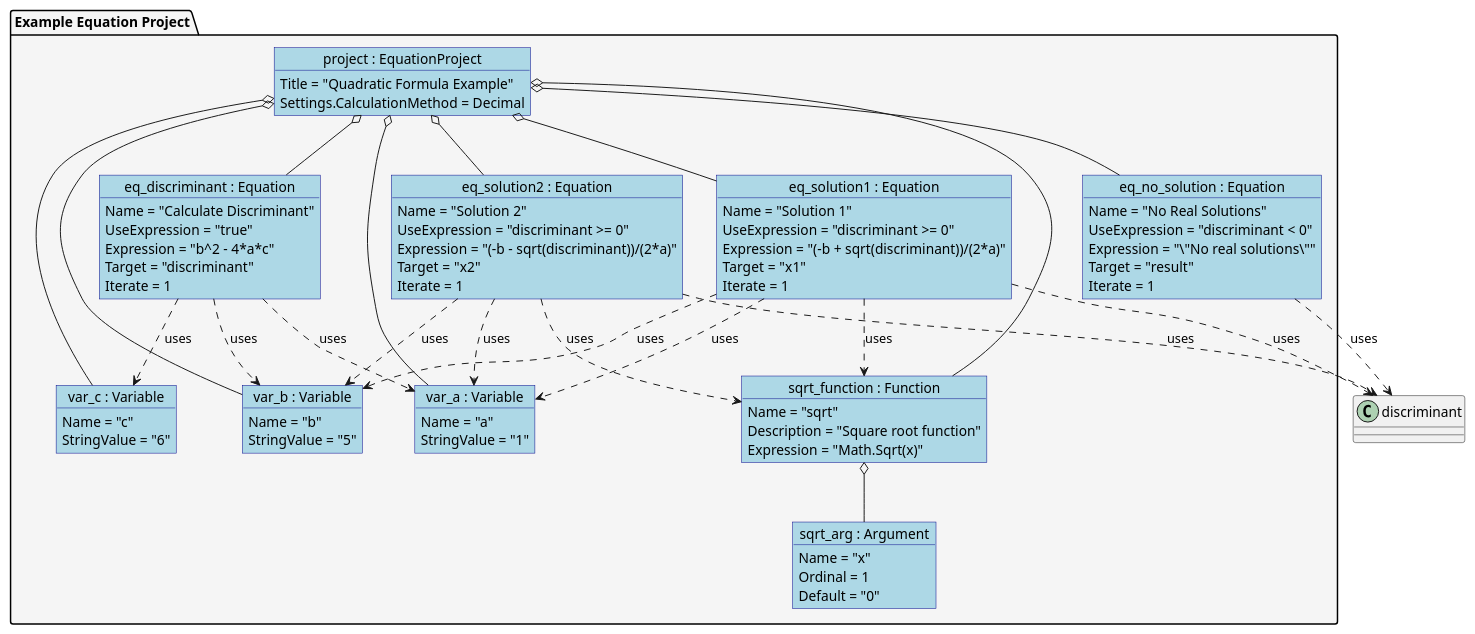
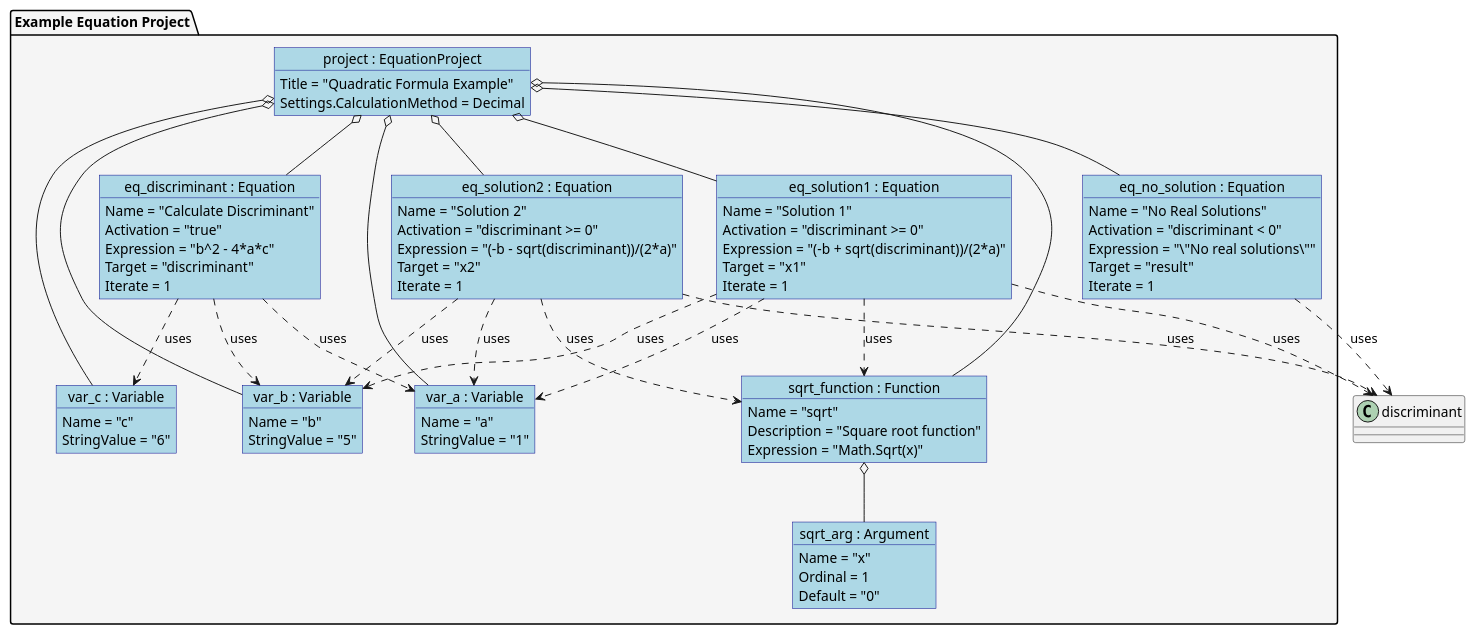
One commit to JeffBramlett/EquationSolvr changed the diagram in plantuml/object_diagram.puml. Above: the diagram before and after it, drawn with PlantUML. The commit also changed 8 other files, not shown here.

Commit message:
Update PlantUML diagrams: rename UseExpression to Activation and add new diagrams

```diff
--- a/plantuml/object_diagram.puml
+++ b/plantuml/object_diagram.puml
@@ -1,100 +1,100 @@
 @startuml EquationSolver Object Diagram
 
 skinparam objectBackgroundColor LightBlue
 skinparam objectBorderColor DarkBlue
 skinparam packageBackgroundColor WhiteSmoke
 
 package "Example Equation Project" {
   object "project : EquationProject" as project {
     Title = "Quadratic Formula Example"
     Settings.CalculationMethod = Decimal
   }
   
   object "var_a : Variable" as var_a {
     Name = "a"
     StringValue = "1"
   }
   
   object "var_b : Variable" as var_b {
     Name = "b"
     StringValue = "5"
   }
   
   object "var_c : Variable" as var_c {
     Name = "c"
     StringValue = "6"
   }
   
   object "eq_discriminant : Equation" as eq_discriminant {
     Name = "Calculate Discriminant"
-    UseExpression = "true"
+    Activation = "true"
     Expression = "b^2 - 4*a*c"
     Target = "discriminant"
     Iterate = 1
   }
   
   object "eq_solution1 : Equation" as eq_solution1 {
     Name = "Solution 1"
-    UseExpression = "discriminant >= 0"
+    Activation = "discriminant >= 0"
     Expression = "(-b + sqrt(discriminant))/(2*a)"
     Target = "x1"
     Iterate = 1
   }
   
   object "eq_solution2 : Equation" as eq_solution2 {
     Name = "Solution 2"
-    UseExpression = "discriminant >= 0"
+    Activation = "discriminant >= 0"
     Expression = "(-b - sqrt(discriminant))/(2*a)"
     Target = "x2"
     Iterate = 1
   }
   
   object "eq_no_solution : Equation" as eq_no_solution {
     Name = "No Real Solutions"
-    UseExpression = "discriminant < 0"
+    Activation = "discriminant < 0"
     Expression = "\"No real solutions\""
     Target = "result"
     Iterate = 1
   }
   
   object "sqrt_function : Function" as sqrt_function {
     Name = "sqrt"
     Description = "Square root function"
     Expression = "Math.Sqrt(x)"
   }
   
   object "sqrt_arg : Argument" as sqrt_arg {
     Name = "x"
     Ordinal = 1
     Default = "0"
   }
 }
 
 project o-- var_a
 project o-- var_b
 project o-- var_c
 project o-- eq_discriminant
 project o-- eq_solution1
 project o-- eq_solution2
 project o-- eq_no_solution
 project o-- sqrt_function
 
 sqrt_function o-- sqrt_arg
 
 eq_discriminant ..> var_a : uses
 eq_discriminant ..> var_b : uses
 eq_discriminant ..> var_c : uses
 
 eq_solution1 ..> "discriminant" : uses
 eq_solution1 ..> var_a : uses
 eq_solution1 ..> var_b : uses
 eq_solution1 ..> sqrt_function : uses
 
 eq_solution2 ..> "discriminant" : uses
 eq_solution2 ..> var_a : uses
 eq_solution2 ..> var_b : uses
 eq_solution2 ..> sqrt_function : uses
 
 eq_no_solution ..> "discriminant" : uses
 
 @enduml
```
